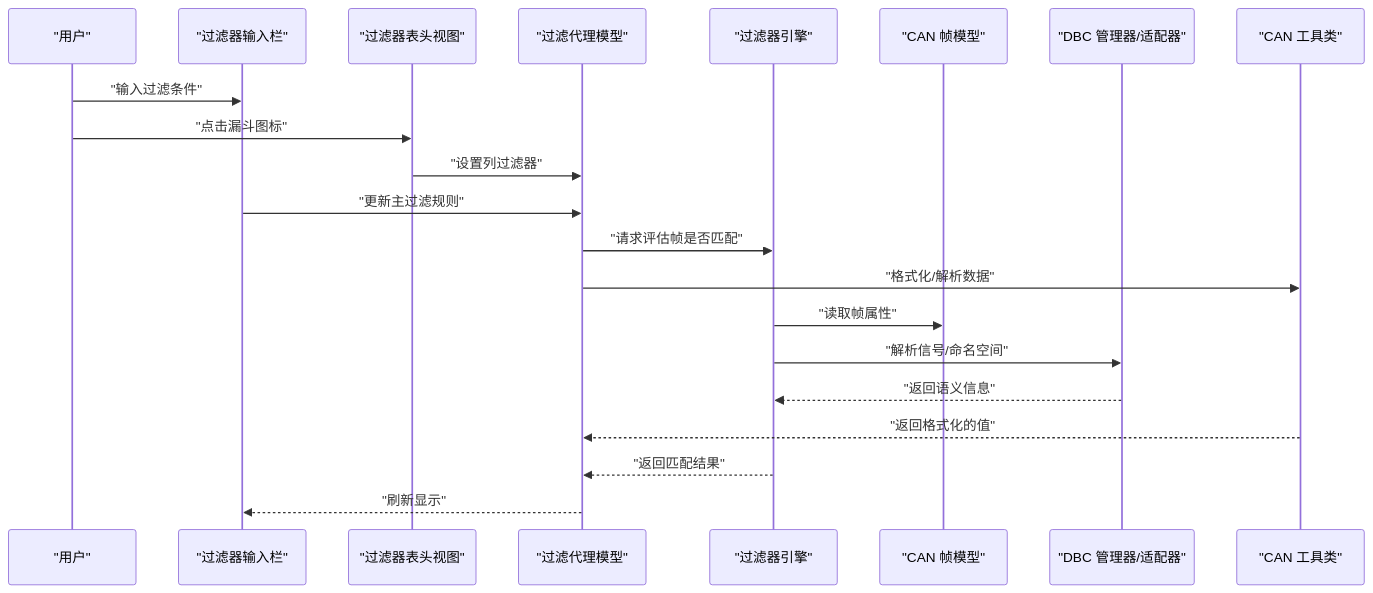
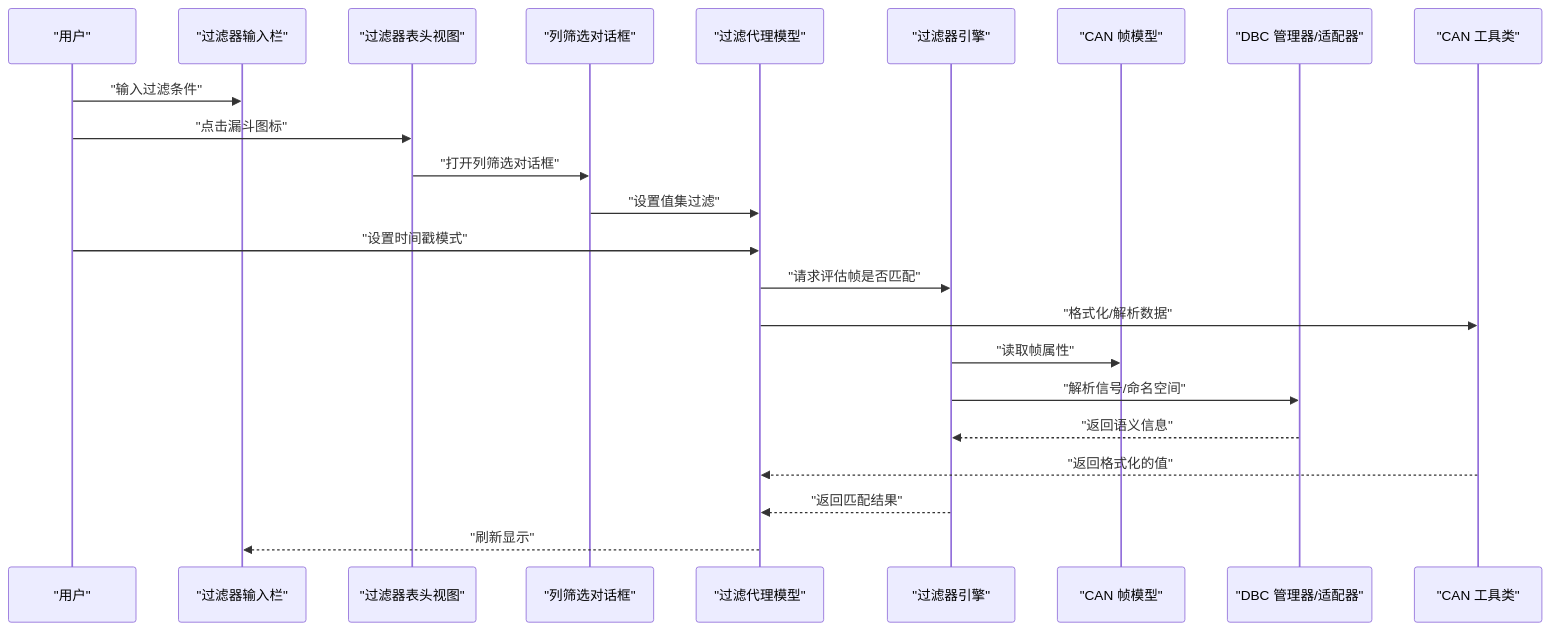
One commit to jakecai1225-design/OpenBus changed the second of 4 diagrams in .qoder/repowiki/zh/content/核心模块详解/过滤器引擎/过滤器引擎.md. Above: the diagram before and after it, drawn with Mermaid. The commit also changed other lines of this file and 39 other files, not shown here.

````diff
--- a/.qoder/repowiki/zh/content/核心模块详解/过滤器引擎/过滤器引擎.md
+++ b/.qoder/repowiki/zh/content/核心模块详解/过滤器引擎/过滤器引擎.md
@@ -129,23 +139,25 @@
 ```mermaid
 sequenceDiagram
 participant User as "用户"
 participant UI as "过滤器输入栏"
 participant FHV as "过滤器表头视图"
+participant CFP as "列筛选对话框"
 participant Model as "过滤代理模型"
 participant Engine as "过滤器引擎"
 participant Frame as "CAN 帧模型"
 participant DBC as "DBC 管理器/适配器"
 participant Utils as "CAN 工具类"
 User->>UI : "输入过滤条件"
 User->>FHV : "点击漏斗图标"
-FHV->>Model : "设置列过滤器"
-UI->>Model : "更新主过滤规则"
+FHV->>CFP : "打开列筛选对话框"
+CFP->>Model : "设置值集过滤"
+User->>Model : "设置时间戳模式"
 Model->>Engine : "请求评估帧是否匹配"
 Model->>Utils : "格式化/解析数据"
 Engine->>Frame : "读取帧属性"
 Engine->>DBC : "解析信号/命名空间"
 DBC-->>Engine : "返回语义信息"
 Utils-->>Model : "返回格式化的值"
 Engine-->>Model : "返回匹配结果"
 Model-->>UI : "刷新显示"
 ```
````
